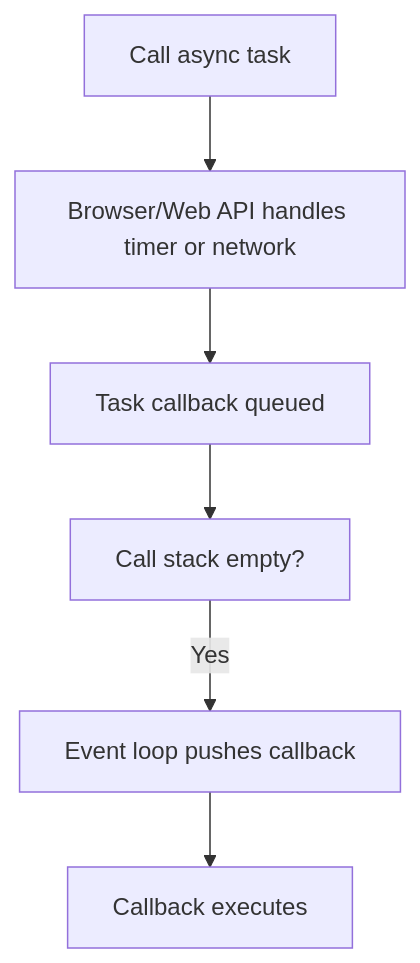
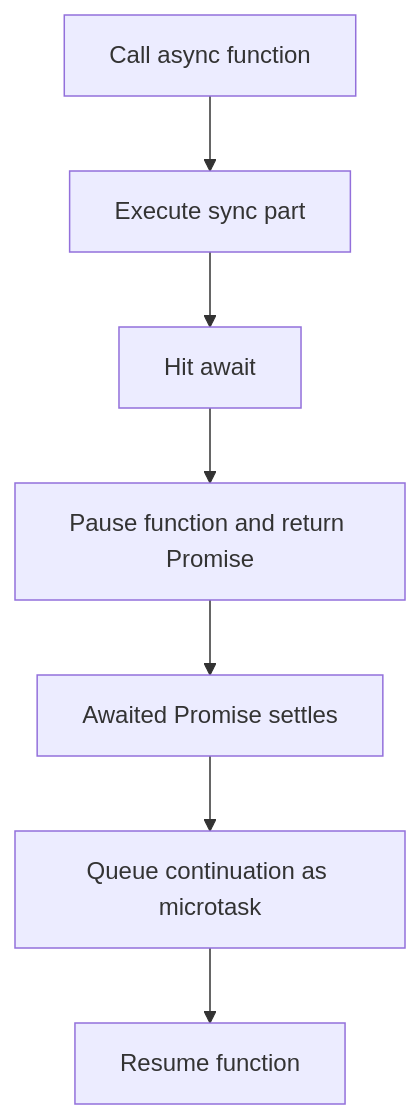
Before and after one commit to AbhishekDhone7/javascript-git-basics: diagram 37 of 41 in JavaScript-Beginners-Guide.md, drawn with Mermaid. The commit also changed other lines of this file, not shown here.

````diff
--- a/JavaScript-Beginners-Guide.md
+++ b/JavaScript-Beginners-Guide.md
@@ -4543,8 +4707,9 @@
 ```mermaid
 flowchart TD
-A[Call async task] --> B[Browser/Web API handles timer or network]
-B --> C[Task callback queued]
-C --> D[Call stack empty?]
-D -- Yes --> E[Event loop pushes callback]
-E --> F[Callback executes]
+A[Call async function] --> B[Execute sync part]
+B --> C[Hit await]
+C --> D[Pause function and return Promise]
+D --> E[Awaited Promise settles]
+E --> F[Queue continuation as microtask]
+F --> G[Resume function]
 ```
````
